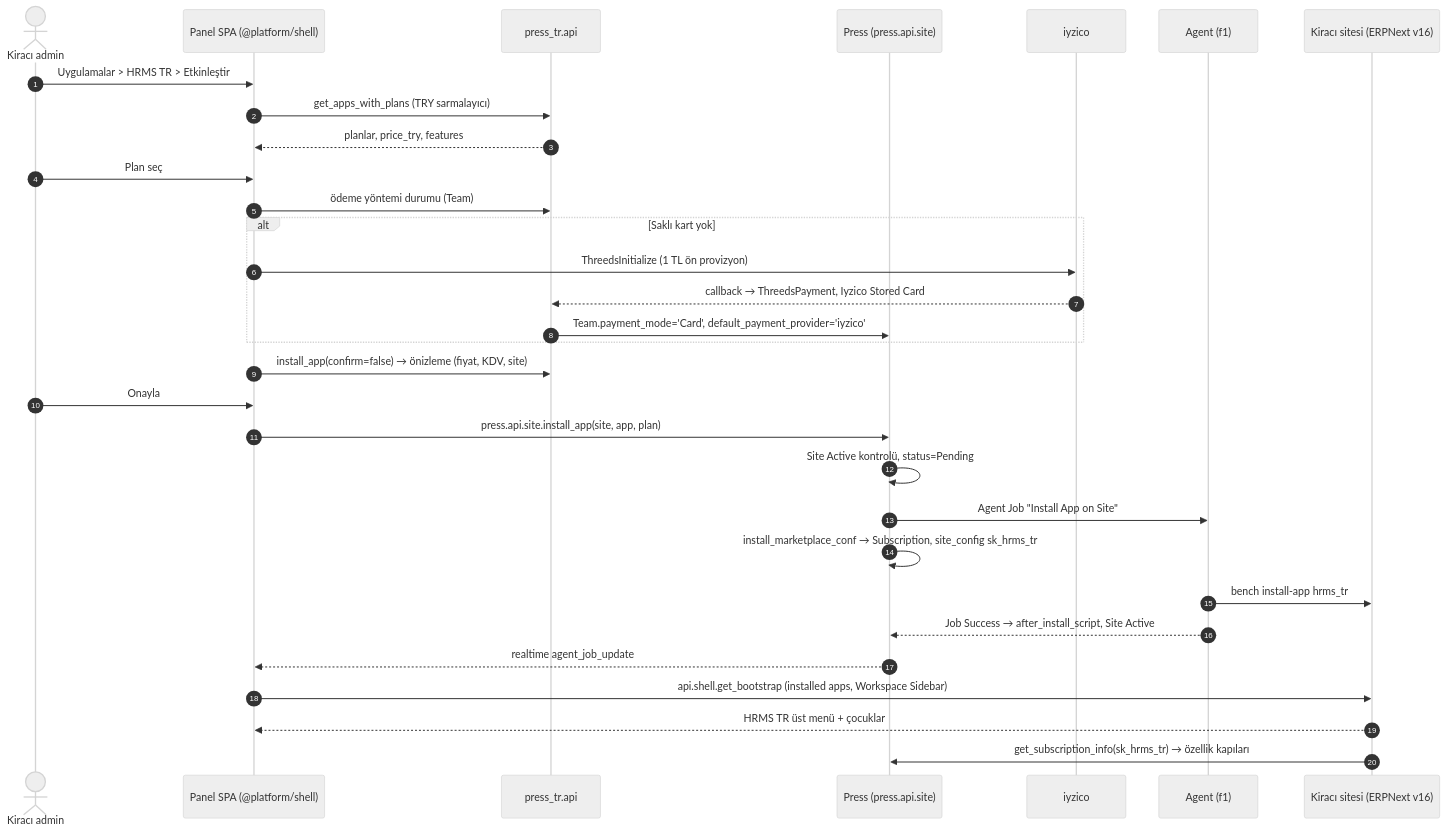
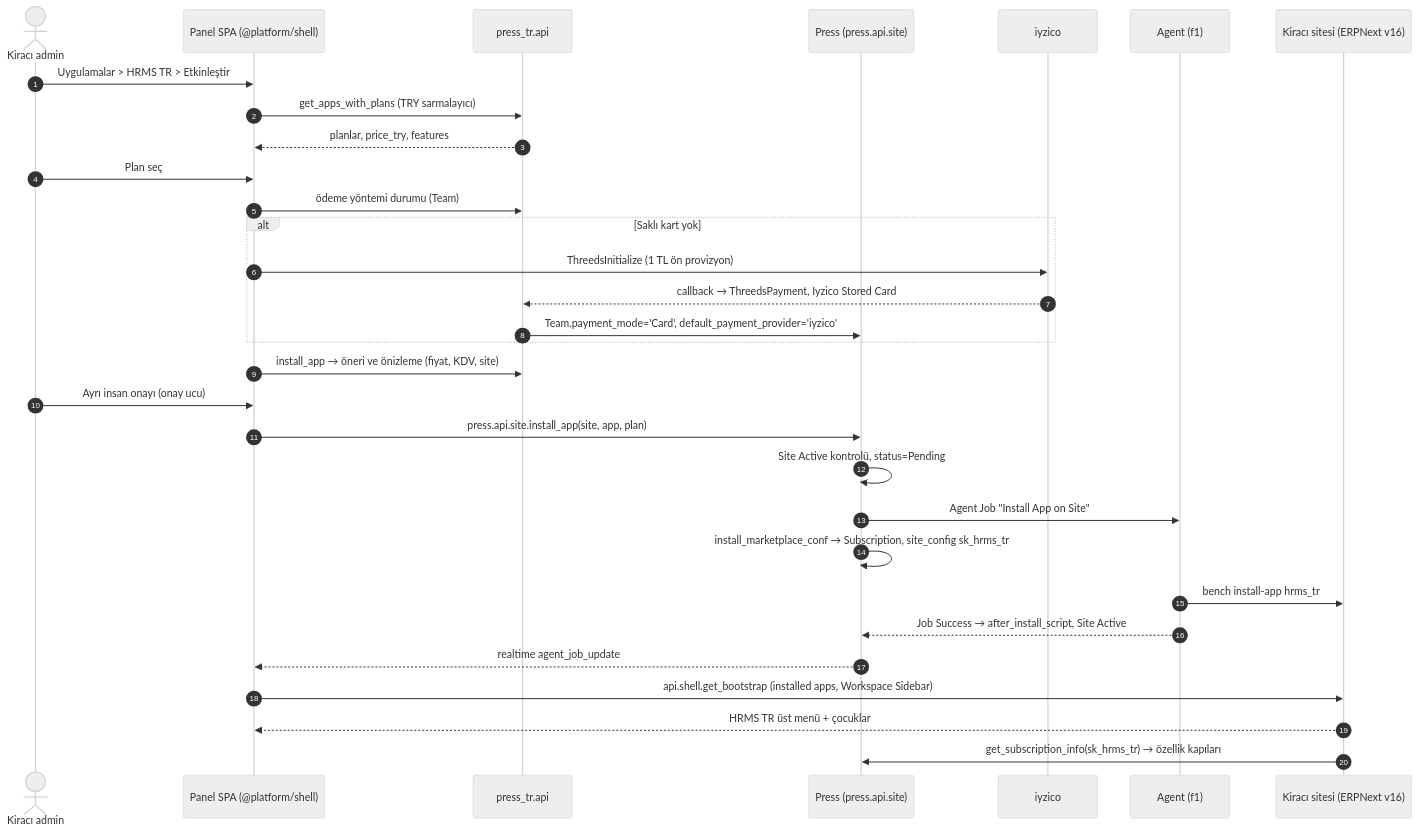
The diagram in src/content/docs/rail-1-press.md (karacaismail/frappesetup), drawn with Mermaid (neutral theme) before and after one commit. The commit also changed other lines of this file and 12 other files, not shown here.

````diff
--- a/src/content/docs/rail-1-press.md
+++ b/src/content/docs/rail-1-press.md
@@ -11,33 +11,33 @@
 ```mermaid
 sequenceDiagram
     autonumber
     actor K as Kiracı admin
     participant P as Panel SPA (@platform/shell)
     participant PT as press_tr.api
     participant PR as Press (press.api.site)
     participant IY as iyzico
     participant AG as Agent (f1)
     participant S as Kiracı sitesi (ERPNext v16)
     K->>P: Uygulamalar > HRMS TR > Etkinleştir
     P->>PT: get_apps_with_plans (TRY sarmalayıcı)
     PT-->>P: planlar, price_try, features
     K->>P: Plan seç
     P->>PT: ödeme yöntemi durumu (Team)
     alt Saklı kart yok
         P->>IY: ThreedsInitialize (1 TL ön provizyon)
         IY-->>PT: callback → ThreedsPayment, Iyzico Stored Card
         PT->>PR: Team.payment_mode='Card', default_payment_provider='iyzico'
     end
-    P->>PT: install_app(confirm=false) → önizleme (fiyat, KDV, site)
-    K->>P: Onayla
+    P->>PT: install_app → öneri ve önizleme (fiyat, KDV, site)
+    K->>P: Ayrı insan onayı (onay ucu)
     P->>PR: press.api.site.install_app(site, app, plan)
     PR->>PR: Site Active kontrolü, status=Pending
     PR->>AG: Agent Job "Install App on Site"
     PR->>PR: install_marketplace_conf → Subscription, site_config sk_hrms_tr
     AG->>S: bench install-app hrms_tr
     AG-->>PR: Job Success → after_install_script, Site Active
     PR-->>P: realtime agent_job_update
     P->>S: api.shell.get_bootstrap (installed apps, Workspace Sidebar)
     S-->>P: HRMS TR üst menü + çocuklar
     S->>PR: get_subscription_info(sk_hrms_tr) → özellik kapıları
 ```
````
